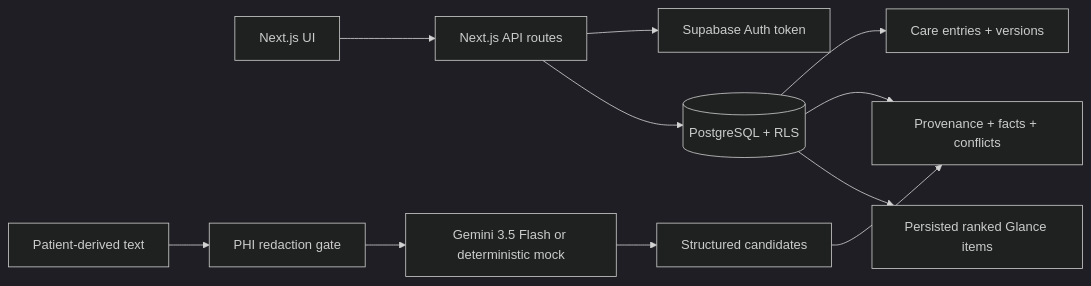
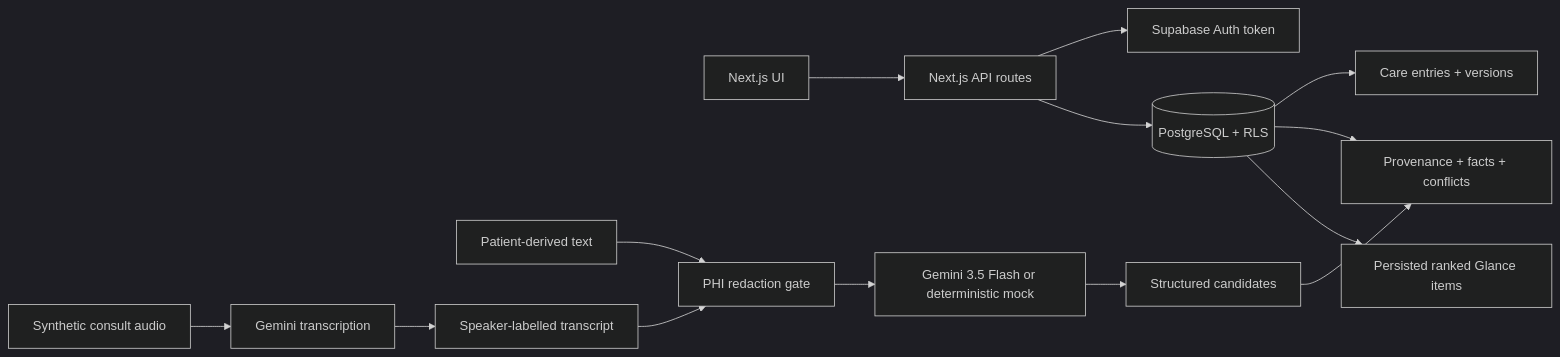
Before and after one commit to cccyany/nightingale-carenote: the diagram in README.md, drawn with Mermaid (dark theme). The commit also changed other lines of this file and 7 other files, not shown here.

````diff
--- a/README.md
+++ b/README.md
@@ -42,13 +42,16 @@
 ```mermaid
 flowchart LR
   UI[Next.js UI] --> API[Next.js API routes]
   API --> Auth[Supabase Auth token]
   API --> DB[(PostgreSQL + RLS)]
   DB --> Timeline[Care entries + versions]
   DB --> Trust[Provenance + facts + conflicts]
   DB --> Glance[Persisted ranked Glance items]
-  Raw[Patient-derived text] --> Redact[PHI redaction gate]
+  Text[Patient-derived text] --> Redact[PHI redaction gate]
   Redact --> Provider[Gemini 3.5 Flash or deterministic mock]
+  Audio[Synthetic consult audio] --> ASR[Gemini transcription]
+  ASR --> Transcript[Speaker-labelled transcript]
+  Transcript --> Redact
   Provider --> Extract[Structured candidates]
   Extract --> Trust
 ```
````
